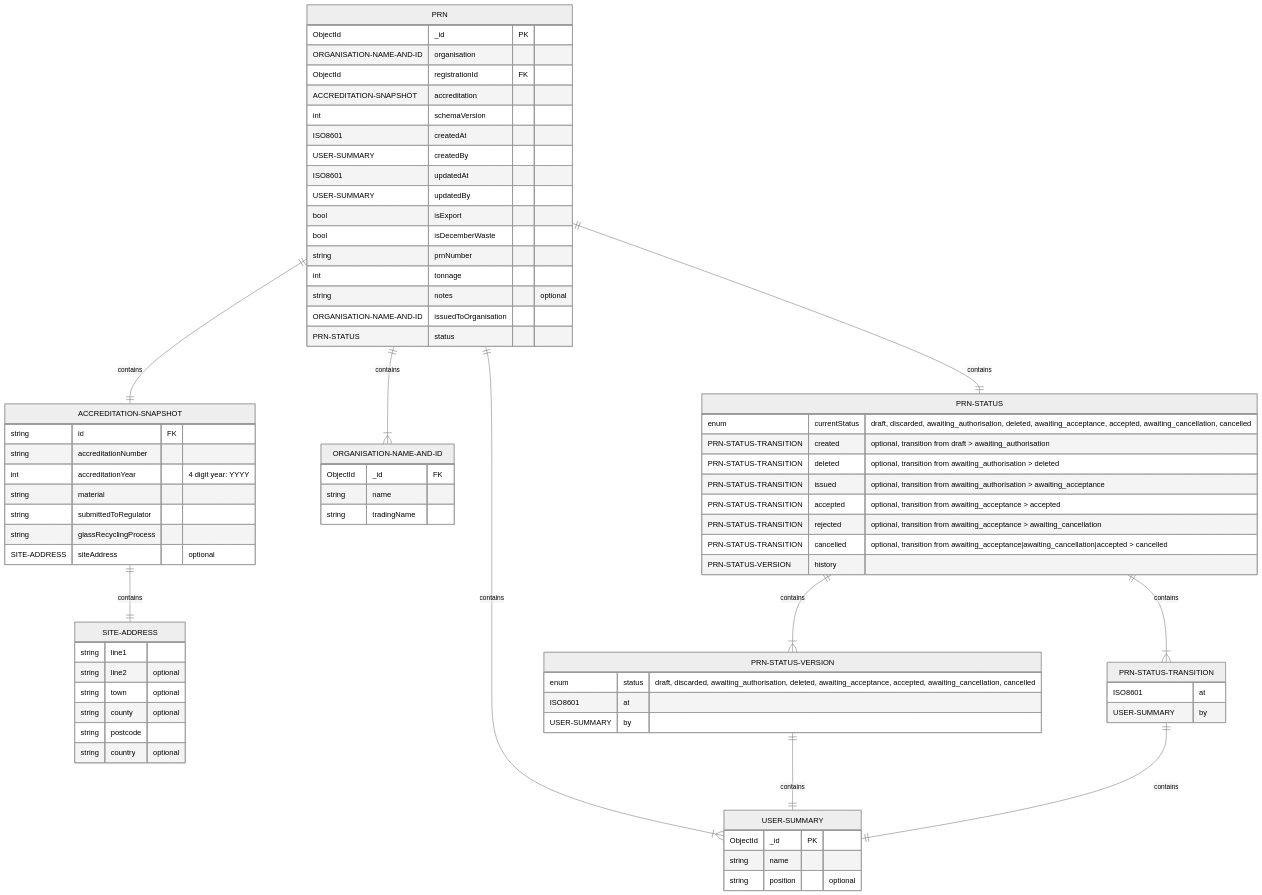
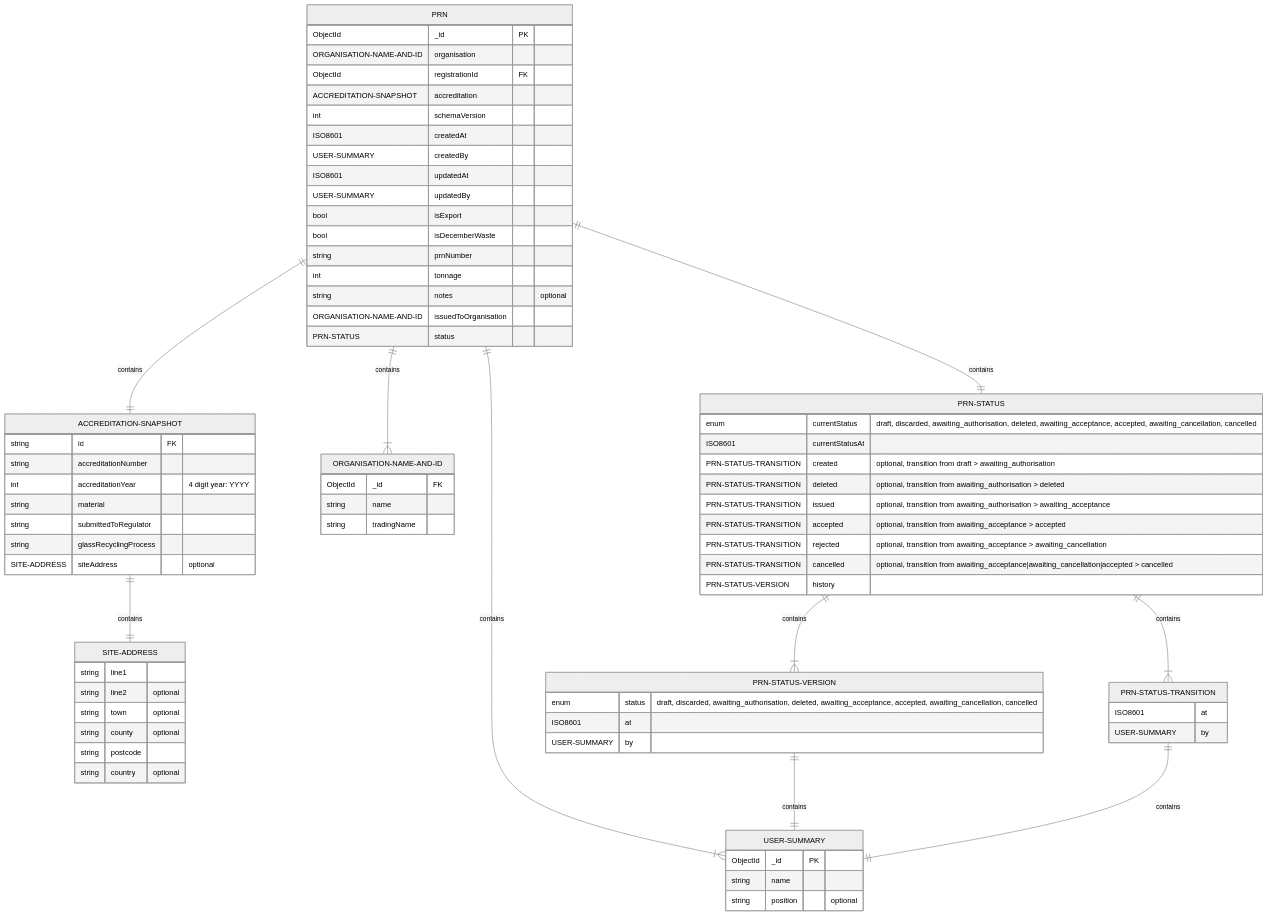
The third of 6 diagrams in docs/architecture/discovery/pepr-lld.md (DEFRA/epr-re-ex-service), drawn with Mermaid (neutral theme) before and after one commit.

```diff
--- a/docs/architecture/discovery/pepr-lld.md
+++ b/docs/architecture/discovery/pepr-lld.md
@@ -641,6 +641,7 @@
 
   PRN-STATUS {
     enum currentStatus "draft, discarded, awaiting_authorisation, deleted, awaiting_acceptance, accepted, awaiting_cancellation, cancelled"
+    ISO8601 currentStatusAt
     PRN-STATUS-TRANSITION created "optional, transition from draft > awaiting_authorisation"
     PRN-STATUS-TRANSITION deleted "optional, transition from awaiting_authorisation > deleted"
     PRN-STATUS-TRANSITION issued "optional, transition from awaiting_authorisation > awaiting_acceptance"
```
